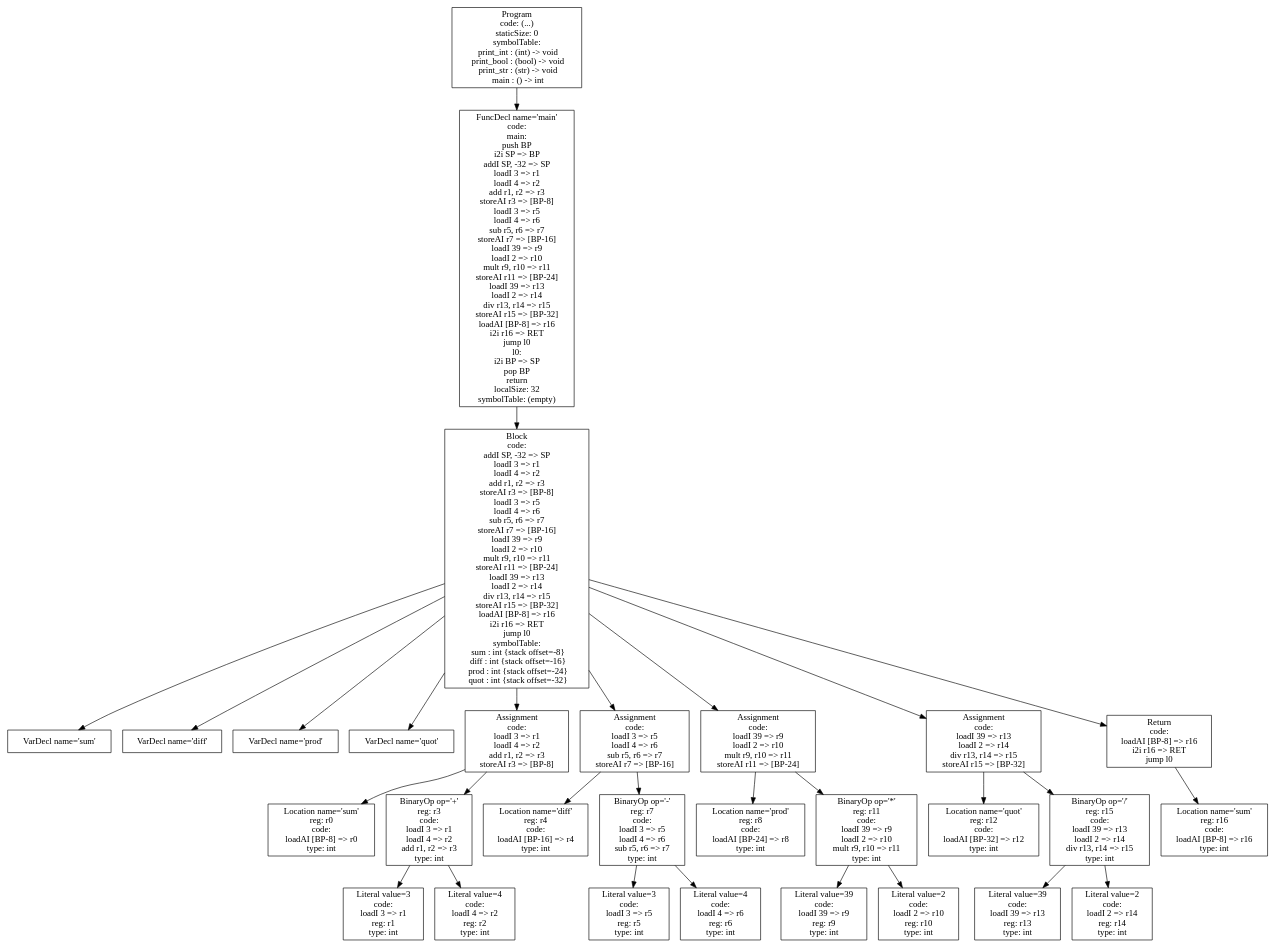
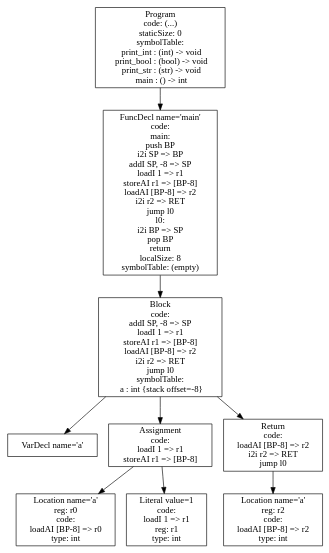
One commit to tran3jm/f22_compilers changed the diagram in p4-codegen/ast.dot. Above: the diagram before and after it, drawn with Graphviz. The commit also changed 17 other files, not shown here.

```diff
--- a/p4-codegen/ast.dot
+++ b/p4-codegen/ast.dot
@@ -1,59 +1,19 @@
 digraph AST {
-3 [shape=box, label="VarDecl name='sum'"];
-4 [shape=box, label="VarDecl name='diff'"];
-5 [shape=box, label="VarDecl name='prod'"];
-6 [shape=box, label="VarDecl name='quot'"];
-8 [shape=box, label="Location name='sum'\nreg: r0\ncode: \nloadAI [BP-8] => r0\ntype: int"];
-10 [shape=box, label="Literal value=3\ncode: \nloadI 3 => r1\nreg: r1\ntype: int"];
-11 [shape=box, label="Literal value=4\ncode: \nloadI 4 => r2\nreg: r2\ntype: int"];
-9 [shape=box, label="BinaryOp op='+'\nreg: r3\ncode: \nloadI 3 => r1\nloadI 4 => r2\nadd r1, r2 => r3\ntype: int"];
-9 -> 10;
-9 -> 11;
-7 [shape=box, label="Assignment\ncode: \nloadI 3 => r1\nloadI 4 => r2\nadd r1, r2 => r3\nstoreAI r3 => [BP-8]"];
+3 [shape=box, label="VarDecl name='a'"];
+5 [shape=box, label="Location name='a'\nreg: r0\ncode: \nloadAI [BP-8] => r0\ntype: int"];
+6 [shape=box, label="Literal value=1\ncode: \nloadI 1 => r1\nreg: r1\ntype: int"];
+4 [shape=box, label="Assignment\ncode: \nloadI 1 => r1\nstoreAI r1 => [BP-8]"];
+4 -> 5;
+4 -> 6;
+8 [shape=box, label="Location name='a'\nreg: r2\ncode: \nloadAI [BP-8] => r2\ntype: int"];
+7 [shape=box, label="Return\ncode: \nloadAI [BP-8] => r2\ni2i r2 => RET\njump l0"];
 7 -> 8;
-7 -> 9;
-13 [shape=box, label="Location name='diff'\nreg: r4\ncode: \nloadAI [BP-16] => r4\ntype: int"];
-15 [shape=box, label="Literal value=3\ncode: \nloadI 3 => r5\nreg: r5\ntype: int"];
-16 [shape=box, label="Literal value=4\ncode: \nloadI 4 => r6\nreg: r6\ntype: int"];
-14 [shape=box, label="BinaryOp op='-'\nreg: r7\ncode: \nloadI 3 => r5\nloadI 4 => r6\nsub r5, r6 => r7\ntype: int"];
-14 -> 15;
-14 -> 16;
-12 [shape=box, label="Assignment\ncode: \nloadI 3 => r5\nloadI 4 => r6\nsub r5, r6 => r7\nstoreAI r7 => [BP-16]"];
-12 -> 13;
-12 -> 14;
-18 [shape=box, label="Location name='prod'\nreg: r8\ncode: \nloadAI [BP-24] => r8\ntype: int"];
-20 [shape=box, label="Literal value=39\ncode: \nloadI 39 => r9\nreg: r9\ntype: int"];
-21 [shape=box, label="Literal value=2\ncode: \nloadI 2 => r10\nreg: r10\ntype: int"];
-19 [shape=box, label="BinaryOp op='*'\nreg: r11\ncode: \nloadI 39 => r9\nloadI 2 => r10\nmult r9, r10 => r11\ntype: int"];
-19 -> 20;
-19 -> 21;
-17 [shape=box, label="Assignment\ncode: \nloadI 39 => r9\nloadI 2 => r10\nmult r9, r10 => r11\nstoreAI r11 => [BP-24]"];
-17 -> 18;
-17 -> 19;
-23 [shape=box, label="Location name='quot'\nreg: r12\ncode: \nloadAI [BP-32] => r12\ntype: int"];
-25 [shape=box, label="Literal value=39\ncode: \nloadI 39 => r13\nreg: r13\ntype: int"];
-26 [shape=box, label="Literal value=2\ncode: \nloadI 2 => r14\nreg: r14\ntype: int"];
-24 [shape=box, label="BinaryOp op='/'\nreg: r15\ncode: \nloadI 39 => r13\nloadI 2 => r14\ndiv r13, r14 => r15\ntype: int"];
-24 -> 25;
-24 -> 26;
-22 [shape=box, label="Assignment\ncode: \nloadI 39 => r13\nloadI 2 => r14\ndiv r13, r14 => r15\nstoreAI r15 => [BP-32]"];
-22 -> 23;
-22 -> 24;
-28 [shape=box, label="Location name='sum'\nreg: r16\ncode: \nloadAI [BP-8] => r16\ntype: int"];
-27 [shape=box, label="Return\ncode: \nloadAI [BP-8] => r16\ni2i r16 => RET\njump l0"];
-27 -> 28;
-2 [shape=box, label="Block\ncode: \naddI SP, -32 => SP\nloadI 3 => r1\nloadI 4 => r2\nadd r1, r2 => r3\nstoreAI r3 => [BP-8]\nloadI 3 => r5\nloadI 4 => r6\nsub r5, r6 => r7\nstoreAI r7 => [BP-16]\nloadI 39 => r9\nloadI 2 => r10\nmult r9, r10 => r11\nstoreAI r11 => [BP-24]\nloadI 39 => r13\nloadI 2 => r14\ndiv r13, r14 => r15\nstoreAI r15 => [BP-32]\nloadAI [BP-8] => r16\ni2i r16 => RET\njump l0\nsymbolTable: \n  sum : int {stack offset=-8}\n  diff : int {stack offset=-16}\n  prod : int {stack offset=-24}\n  quot : int {stack offset=-32}"];
+2 [shape=box, label="Block\ncode: \naddI SP, -8 => SP\nloadI 1 => r1\nstoreAI r1 => [BP-8]\nloadAI [BP-8] => r2\ni2i r2 => RET\njump l0\nsymbolTable: \n  a : int {stack offset=-8}"];
 2 -> 3;
 2 -> 4;
-2 -> 5;
-2 -> 6;
 2 -> 7;
-2 -> 12;
-2 -> 17;
-2 -> 22;
-2 -> 27;
-1 [shape=box, label="FuncDecl name='main'\ncode: \nmain:\npush BP\ni2i SP => BP\naddI SP, -32 => SP\nloadI 3 => r1\nloadI 4 => r2\nadd r1, r2 => r3\nstoreAI r3 => [BP-8]\nloadI 3 => r5\nloadI 4 => r6\nsub r5, r6 => r7\nstoreAI r7 => [BP-16]\nloadI 39 => r9\nloadI 2 => r10\nmult r9, r10 => r11\nstoreAI r11 => [BP-24]\nloadI 39 => r13\nloadI 2 => r14\ndiv r13, r14 => r15\nstoreAI r15 => [BP-32]\nloadAI [BP-8] => r16\ni2i r16 => RET\njump l0\nl0:\ni2i BP => SP\npop BP\nreturn\nlocalSize: 32\nsymbolTable: (empty)"];
+1 [shape=box, label="FuncDecl name='main'\ncode: \nmain:\npush BP\ni2i SP => BP\naddI SP, -8 => SP\nloadI 1 => r1\nstoreAI r1 => [BP-8]\nloadAI [BP-8] => r2\ni2i r2 => RET\njump l0\nl0:\ni2i BP => SP\npop BP\nreturn\nlocalSize: 8\nsymbolTable: (empty)"];
 1 -> 2;
 0 [shape=box, label="Program\ncode: (...)\nstaticSize: 0\nsymbolTable: \n  print_int : (int) -> void\n  print_bool : (bool) -> void\n  print_str : (str) -> void\n  main : () -> int"];
 0 -> 1;
 }
```
